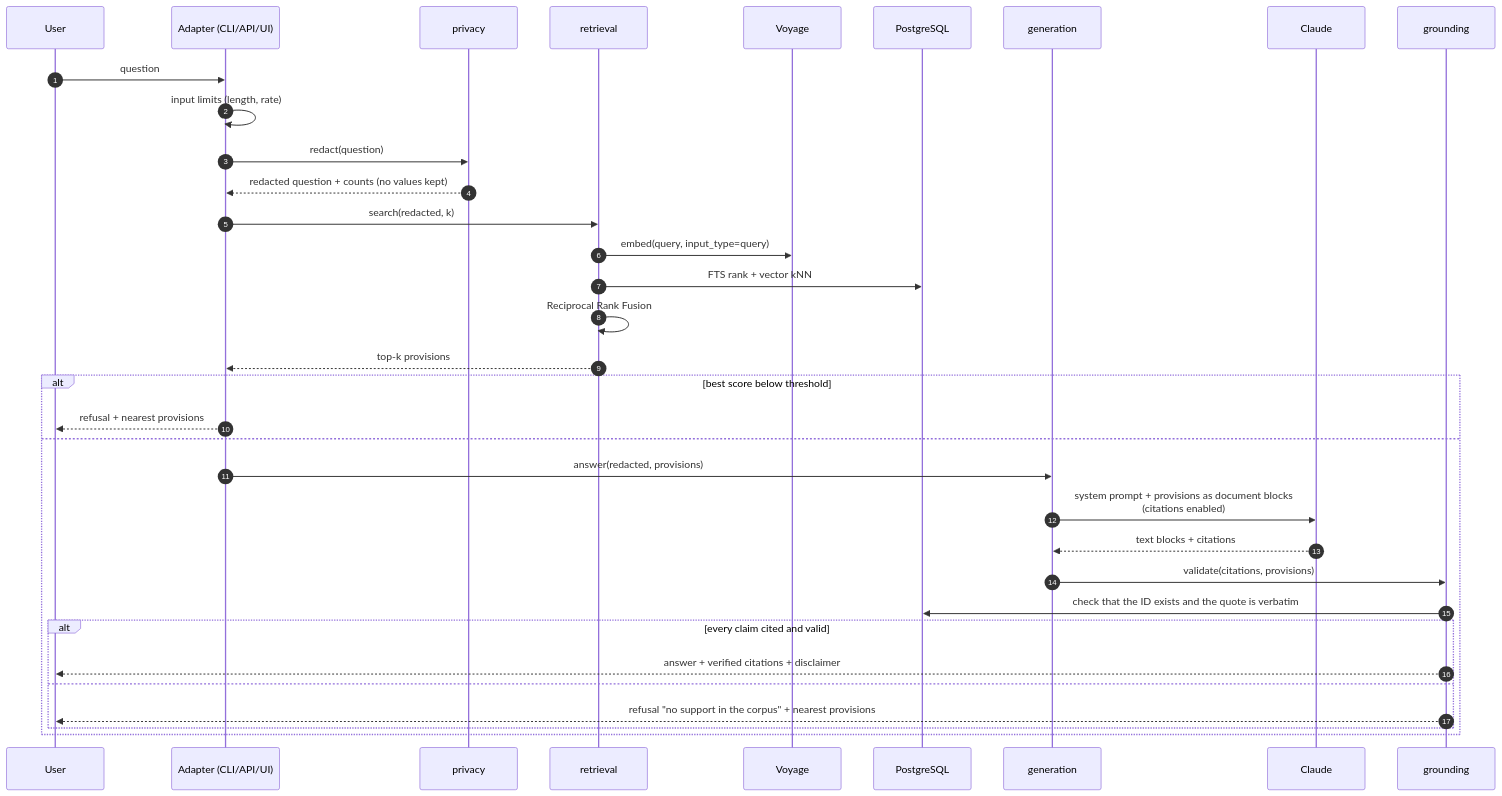
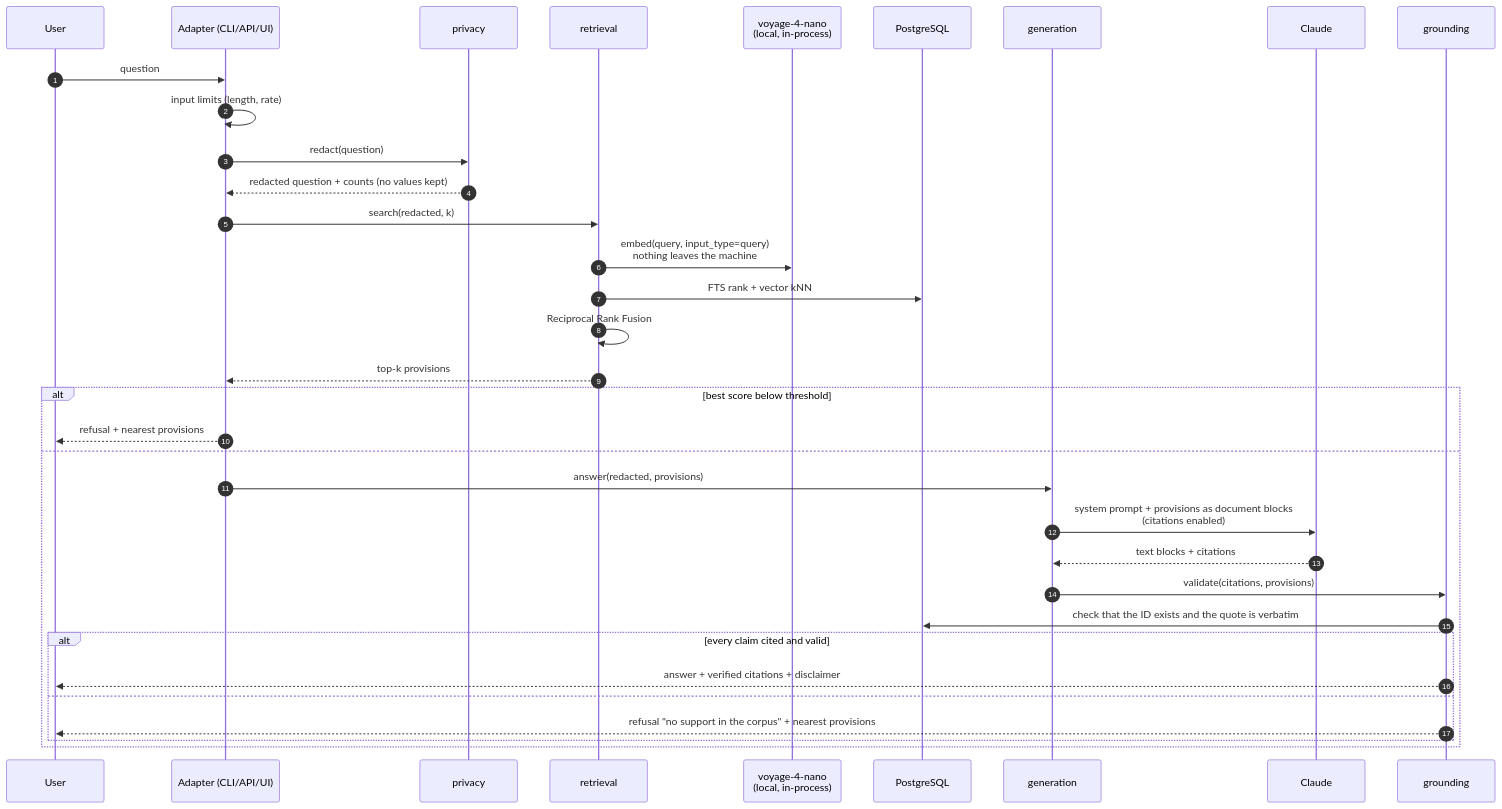
Before and after one commit to lucianocf/base-legal: the third of 4 diagrams in docs/ARCHITECTURE.md, drawn with Mermaid. The commit also changed other lines of this file and 7 other files, not shown here.

First line of the commit message:
docs: switch to asymmetric Voyage 4 embeddings with local query model

````diff
--- a/docs/ARCHITECTURE.md
+++ b/docs/ARCHITECTURE.md
@@ -91,37 +105,37 @@
 ```mermaid
 sequenceDiagram
     autonumber
     participant U as User
     participant A as Adapter (CLI/API/UI)
     participant PR as privacy
     participant R as retrieval
-    participant V as Voyage
+    participant N as voyage-4-nano<br/>(local, in-process)
     participant DB as PostgreSQL
     participant G as generation
     participant CL as Claude
     participant GR as grounding
 
     U->>A: question
     A->>A: input limits (length, rate)
     A->>PR: redact(question)
     PR-->>A: redacted question + counts (no values kept)
     A->>R: search(redacted, k)
-    R->>V: embed(query, input_type=query)
+    R->>N: embed(query, input_type=query)<br/>nothing leaves the machine
     R->>DB: FTS rank + vector kNN
     R->>R: Reciprocal Rank Fusion
     R-->>A: top-k provisions
     alt best score below threshold
         A-->>U: refusal + nearest provisions
     else
         A->>G: answer(redacted, provisions)
         G->>CL: system prompt + provisions as document blocks<br/>(citations enabled)
         CL-->>G: text blocks + citations
         G->>GR: validate(citations, provisions)
         GR->>DB: check that the ID exists and the quote is verbatim
         alt every claim cited and valid
             GR-->>U: answer + verified citations + disclaimer
         else
             GR-->>U: refusal "no support in the corpus" + nearest provisions
         end
     end
 ```
````
